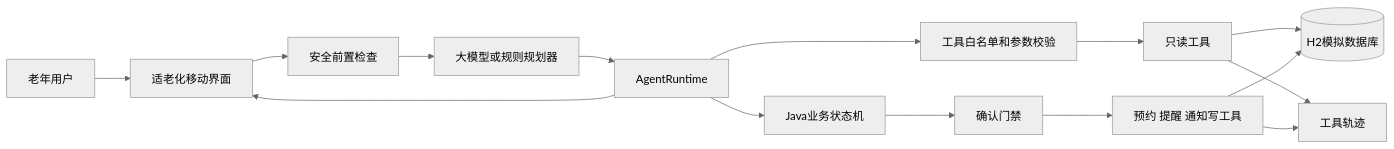
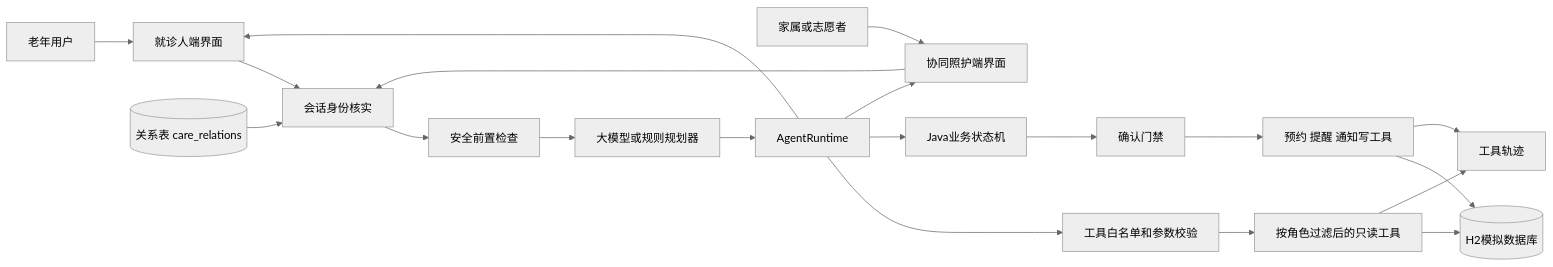
One commit to zhaoqingqing666/silver-followup-agent changed the first of 2 diagrams in docs/设计思路报告.md. Above: the diagram before and after it, drawn with Mermaid (neutral theme). The commit also changed other lines of this file and 14 other files, not shown here.

````diff
--- a/docs/设计思路报告.md
+++ b/docs/设计思路报告.md
@@ -83,17 +90,22 @@
 ```mermaid
 flowchart LR
-    U[老年用户] --> UI[适老化移动界面]
-    UI --> SG[安全前置检查]
+    U[老年用户] --> UI[就诊人端界面]
+    C[家属或志愿者] --> CUI[协同照护端界面]
+    UI --> ID[会话身份核实]
+    CUI --> ID
+    REL[(关系表 care_relations)] --> ID
+    ID --> SG[安全前置检查]
     SG --> PL[大模型或规则规划器]
     PL --> AR[AgentRuntime]
     AR --> TP[工具白名单和参数校验]
-    TP --> RT[只读工具]
+    TP --> RT[按角色过滤后的只读工具]
     RT --> DB[(H2模拟数据库)]
     AR --> WF[Java业务状态机]
     WF --> CF[确认门禁]
     CF --> WT[预约 提醒 通知写工具]
     WT --> DB
     RT --> TRACE[工具轨迹]
     WT --> TRACE
     AR --> UI
+    AR --> CUI
 ```
````
